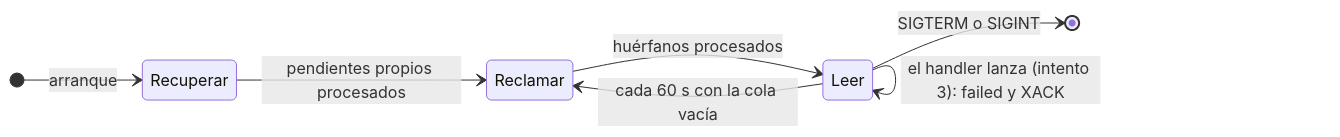
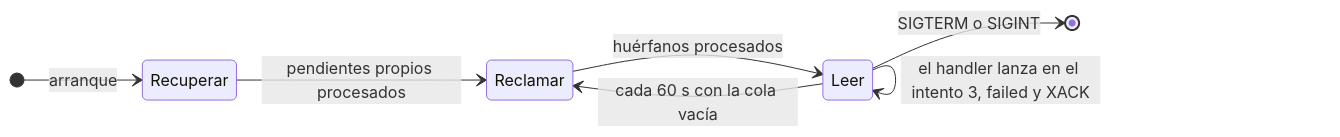
One commit to TINTOrganization/TINT changed the third of 4 diagrams in services/media-worker/README.md. Above: the diagram before and after it, drawn with Mermaid. The commit also changed 9 other files, not shown here.

````diff
--- a/services/media-worker/README.md
+++ b/services/media-worker/README.md
@@ -150,12 +150,12 @@
 ```mermaid
 stateDiagram-v2
     direction LR
     [*] --> Recuperar: arranque
     Recuperar --> Reclamar: pendientes propios procesados
     Reclamar --> Leer: huérfanos procesados
     Leer --> Leer: mensaje procesado y XACK
-    Leer --> Leer: el handler lanza (intento menor que 3): reencola con attempt + 1
-    Leer --> Leer: el handler lanza (intento 3): failed y XACK
+    Leer --> Leer: el handler lanza con intento menor que 3, reencola con attempt + 1
+    Leer --> Leer: el handler lanza en el intento 3, failed y XACK
     Leer --> Reclamar: cada 60 s con la cola vacía
     Leer --> [*]: SIGTERM o SIGINT
 ```
````
